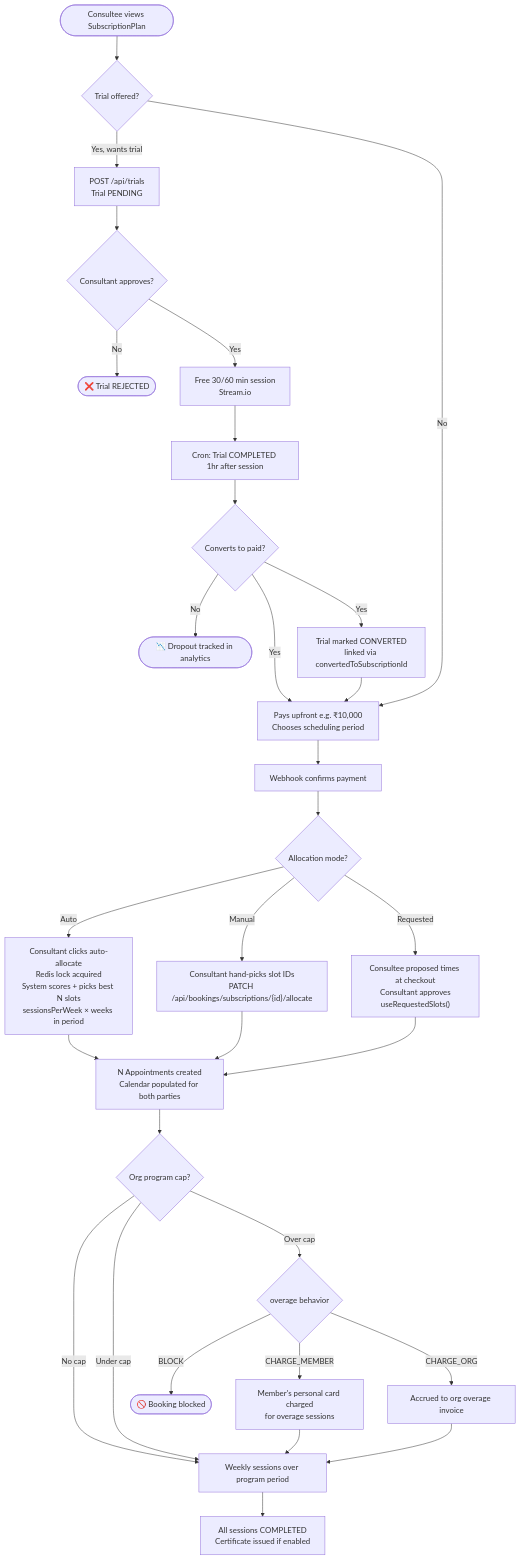
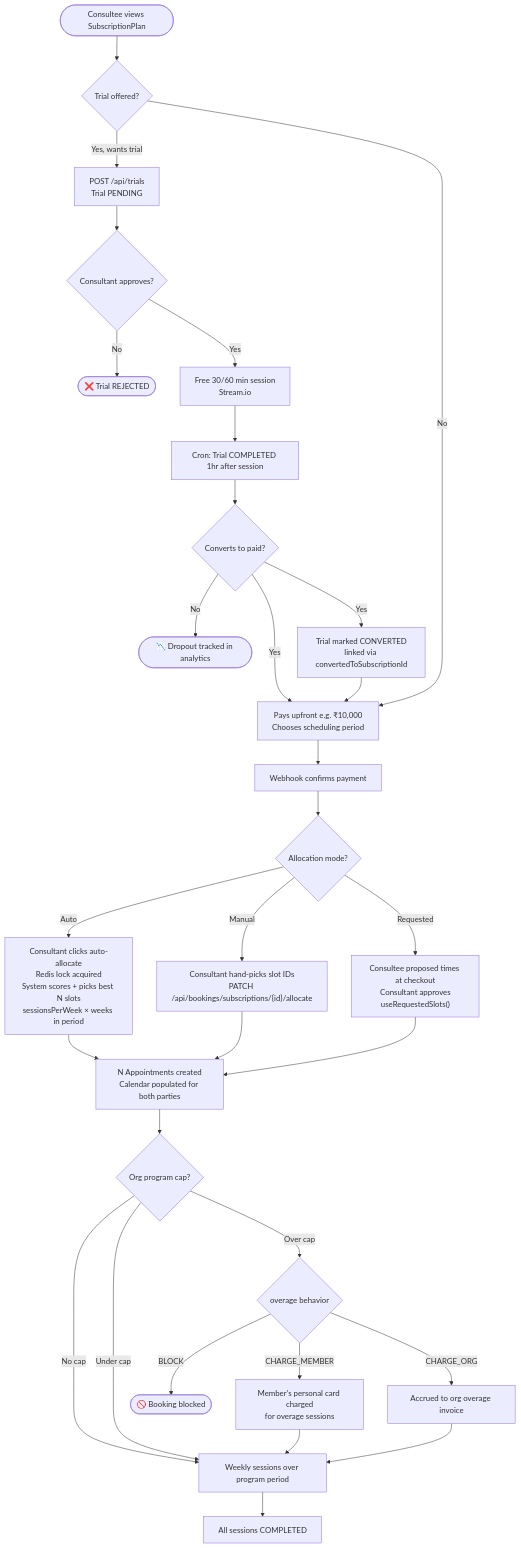
The ninth of 17 diagrams in docs/architecture/product-flow-map.md (Practitionist/familiarise_web), drawn with Mermaid before and after one commit. The commit also changed other lines of this file and 4 other files, not shown here.

````diff
--- a/docs/architecture/product-flow-map.md
+++ b/docs/architecture/product-flow-map.md
@@ -262,39 +262,39 @@
 ```mermaid
 flowchart TD
     SubEntry([Consultee views SubscriptionPlan]) --> TrialCheck{Trial offered?}
 
     TrialCheck -- Yes, wants trial --> TrialReq["POST /api/trials\nTrial PENDING"]
     TrialReq --> ConsApproves{Consultant approves?}
     ConsApproves -- No --> TrialRejected(["❌ Trial REJECTED"])
     ConsApproves -- Yes --> Trial["Free 30/60 min session\nStream.io"]
     Trial --> TrialCron["Cron: Trial COMPLETED 1hr after session"]
     TrialCron --> Converts{Converts to paid?}
     Converts -- No --> Dropout(["📉 Dropout tracked in analytics"])
     Converts -- Yes --> DirectSub
     TrialCheck -- No --> DirectSub
 
     DirectSub["Pays upfront e.g. ₹10,000\nChooses scheduling period"] --> PayConfirm["Webhook confirms payment"]
     PayConfirm --> AllocMode{Allocation mode?}
 
     AllocMode -- Auto --> AutoAlloc["Consultant clicks auto-allocate\nRedis lock acquired\nSystem scores + picks best N slots\nsessionsPerWeek × weeks in period"]
     AllocMode -- Manual --> ManualAlloc["Consultant hand-picks slot IDs\nPATCH /api/bookings/subscriptions/{id}/allocate"]
     AllocMode -- Requested --> ReqSlots["Consultee proposed times at checkout\nConsultant approves\nuseRequestedSlots()"]
 
     AutoAlloc --> SlotsCreated["N Appointments created\nCalendar populated for both parties"]
     ManualAlloc --> SlotsCreated
     ReqSlots --> SlotsCreated
 
     SlotsCreated --> OrgCapCheck{Org program cap?}
     OrgCapCheck -- No cap --> Sessions
     OrgCapCheck -- Under cap --> Sessions["Weekly sessions over program period"]
     OrgCapCheck -- Over cap --> OverageBehavior{overage behavior}
     OverageBehavior -- BLOCK --> Blocked(["🚫 Booking blocked"])
     OverageBehavior -- CHARGE_MEMBER --> MemberPays["Member's personal card charged\nfor overage sessions"]
     OverageBehavior -- CHARGE_ORG --> OrgCharged["Accrued to org overage invoice"]
     MemberPays --> Sessions
     OrgCharged --> Sessions
 
-    Sessions --> AllComplete["All sessions COMPLETED\nCertificate issued if enabled"]
+    Sessions --> AllComplete["All sessions COMPLETED"]
     Converts -- Yes --> ConvertMark["Trial marked CONVERTED\nlinked via convertedToSubscriptionId"]
     ConvertMark --> DirectSub
 ```
````
